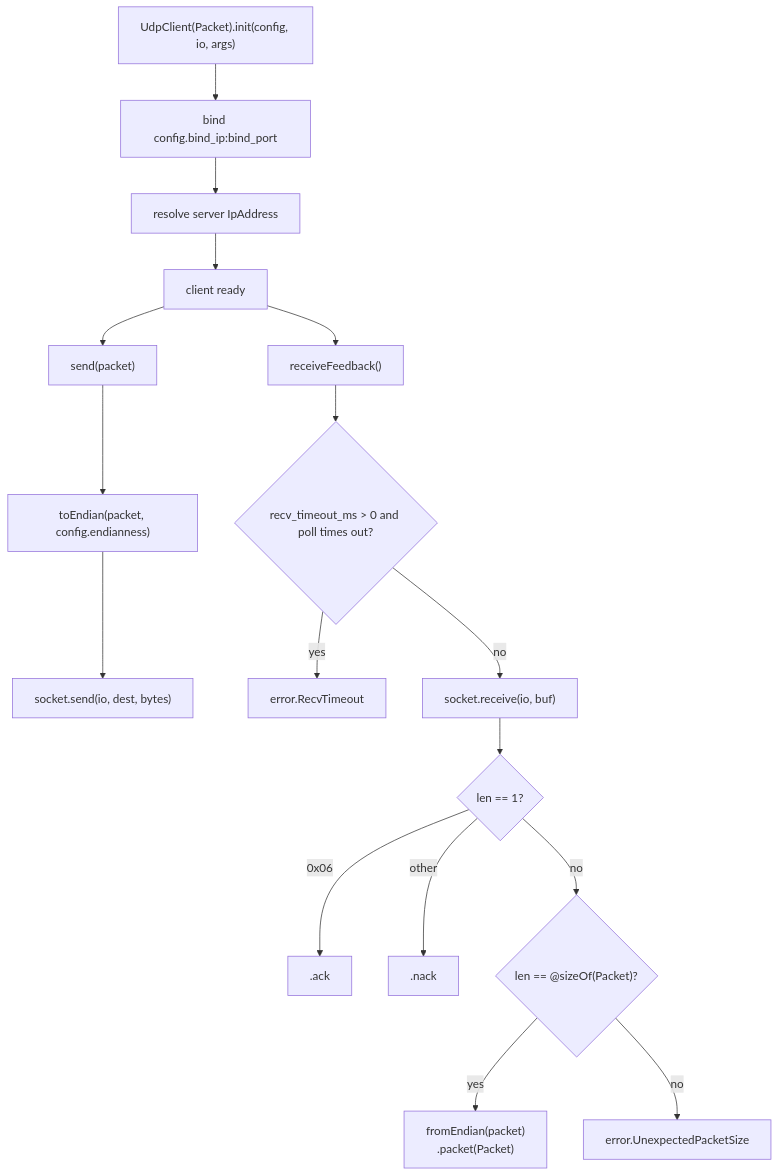
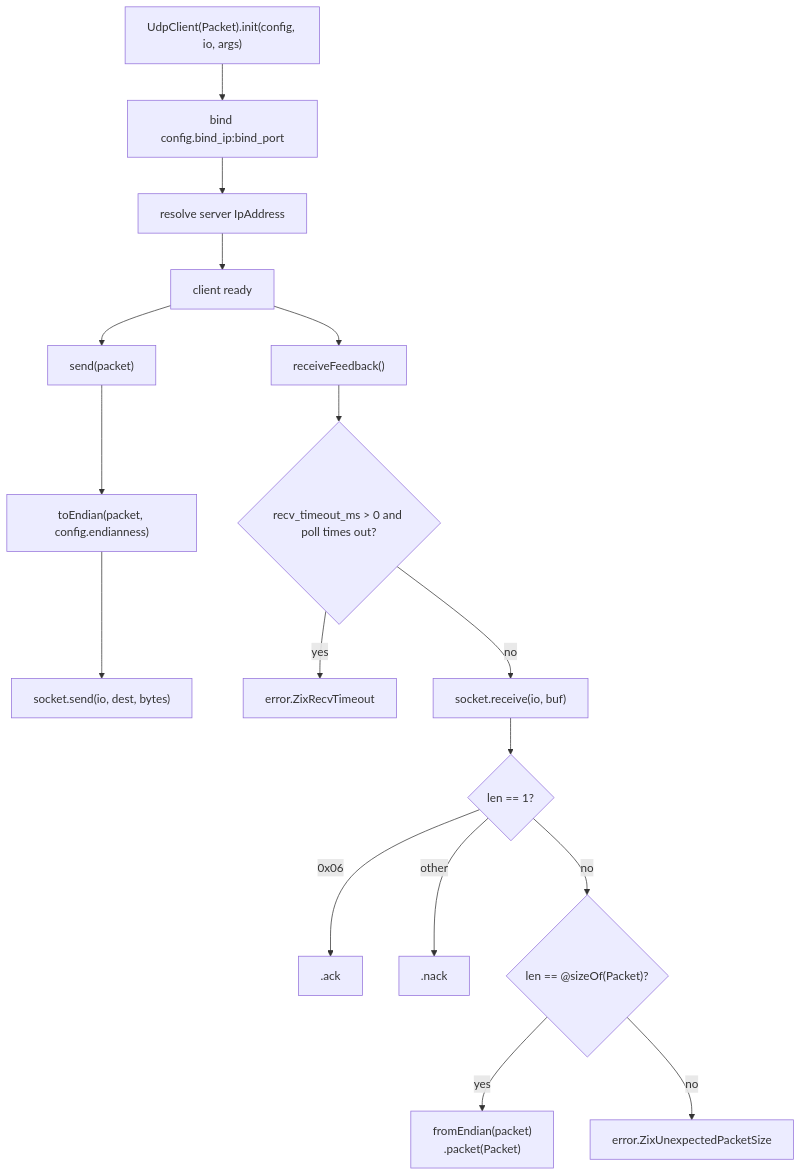
One commit to prothegee/zix changed the second of 5 diagrams in docs/hld-udp-en.md. Above: the diagram before and after it, drawn with Mermaid. The commit also changed other lines of this file and 410 other files, not shown here.

````diff
--- a/docs/hld-udp-en.md
+++ b/docs/hld-udp-en.md
@@ -54,19 +54,19 @@
 ```mermaid
 flowchart TD
     A["UdpClient(Packet).init(config, io, args)"] --> B["bind config.bind_ip:bind_port"]
     B --> C["resolve server IpAddress"]
     C --> D["client ready"]
     D --> E["send(packet)"]
     E --> F["toEndian(packet, config.endianness)"]
     F --> G["socket.send(io, dest, bytes)"]
     D --> H["receiveFeedback()"]
     H --> P{"recv_timeout_ms > 0 and poll times out?"}
-    P -->|yes| Q["error.RecvTimeout"]
+    P -->|yes| Q["error.ZixRecvTimeout"]
     P -->|no| I["socket.receive(io, buf)"]
     I --> J{"len == 1?"}
     J -->|0x06| K[".ack"]
     J -->|other| L[".nack"]
     J -->|no| M{"len == @sizeOf(Packet)?"}
     M -->|yes| N["fromEndian(packet)\n.packet(Packet)"]
-    M -->|no| O["error.UnexpectedPacketSize"]
+    M -->|no| O["error.ZixUnexpectedPacketSize"]
 ```
````
